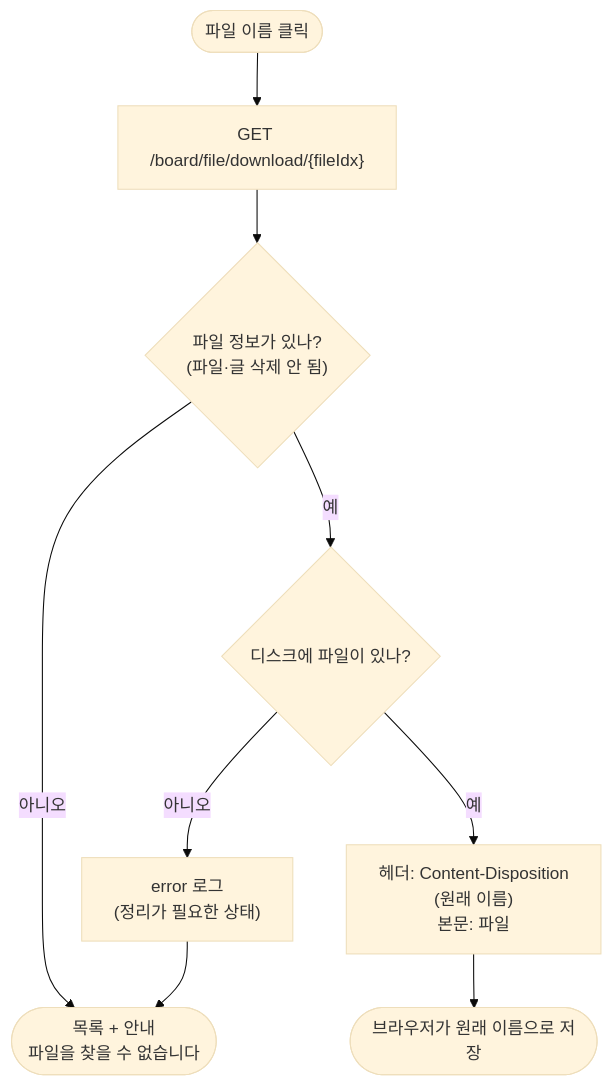
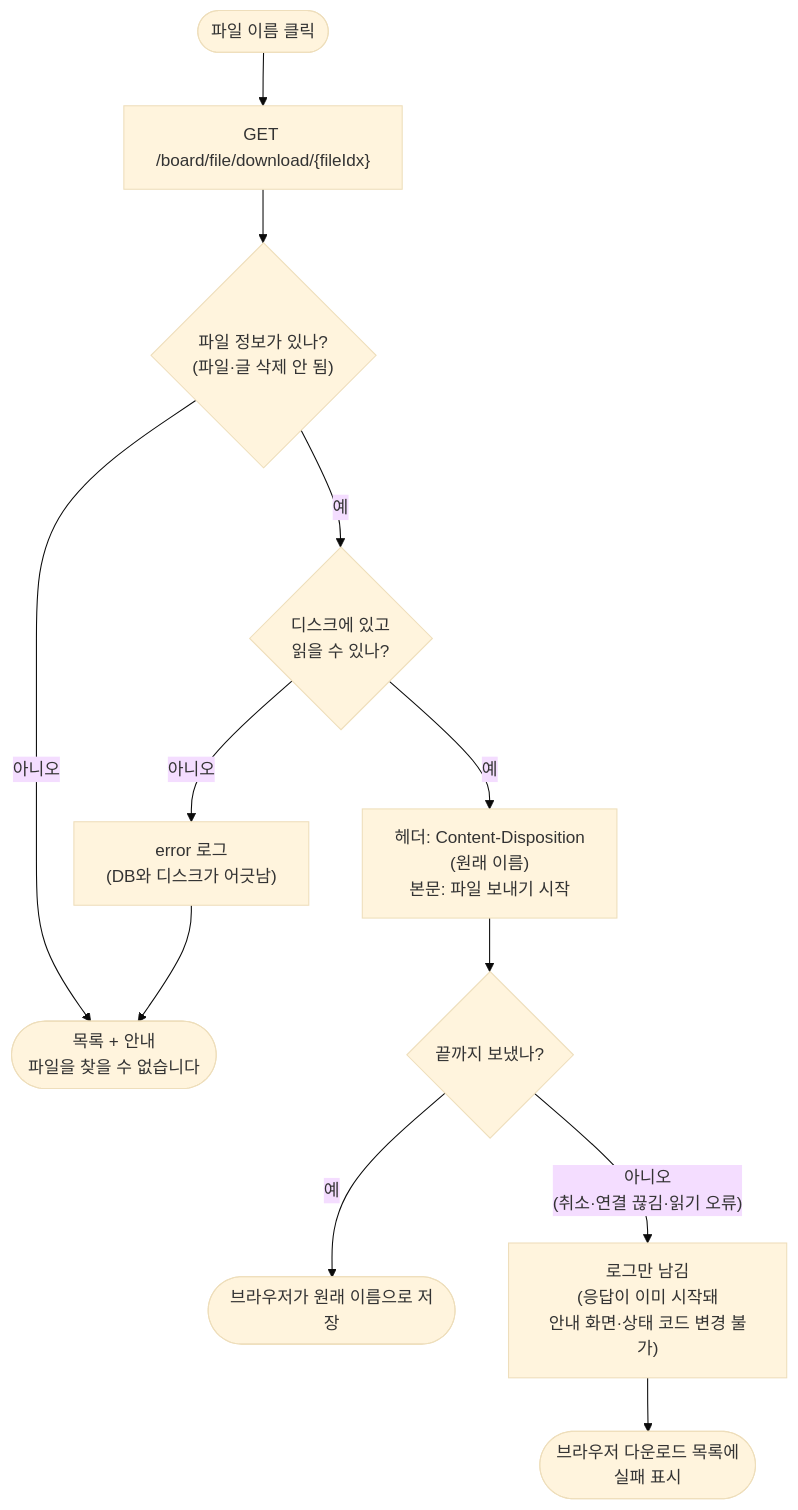
One commit to dao0612-dot/spring_study changed the third of 3 diagrams in design/2026-10-27_글쓰기fetch_파일내려받기.md. Above: the diagram before and after it, drawn with Mermaid (base theme). The commit also changed other lines of this file, not shown here.

````diff
--- a/design/2026-10-27_글쓰기fetch_파일내려받기.md
+++ b/design/2026-10-27_글쓰기fetch_파일내려받기.md
@@ -151,10 +153,13 @@
 ```mermaid
 flowchart TD
     A(["파일 이름 클릭"]) --> B["GET /board/file/download/{fileIdx}"]
     B --> C{"파일 정보가 있나?<br/>(파일·글 삭제 안 됨)"}
     C -->|아니오| X(["목록 + 안내<br/>파일을 찾을 수 없습니다"])
-    C -->|예| D{"디스크에 파일이 있나?"}
-    D -->|아니오| L["error 로그<br/>(정리가 필요한 상태)"] --> X
-    D -->|예| E["헤더: Content-Disposition<br/>(원래 이름)<br/>본문: 파일"]
-    E --> F(["브라우저가 원래 이름으로 저장"])
+    C -->|예| D{"디스크에 있고<br/>읽을 수 있나?"}
+    D -->|아니오| L["error 로그<br/>(DB와 디스크가 어긋남)"] --> X
+    D -->|예| E["헤더: Content-Disposition<br/>(원래 이름)<br/>본문: 파일 보내기 시작"]
+    E --> G{"끝까지 보냈나?"}
+    G -->|예| F(["브라우저가 원래 이름으로 저장"])
+    G -->|"아니오<br/>(취소·연결 끊김·읽기 오류)"| H["로그만 남김<br/>(응답이 이미 시작돼<br/>안내 화면·상태 코드 변경 불가)"]
+    H --> Y(["브라우저 다운로드 목록에<br/>실패 표시"])
 ```
````
